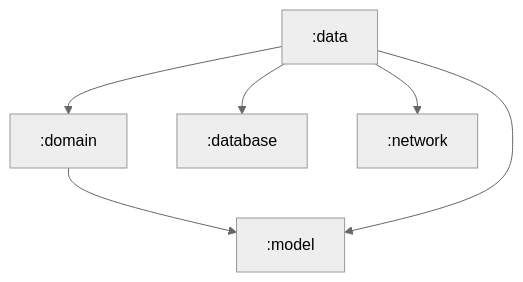
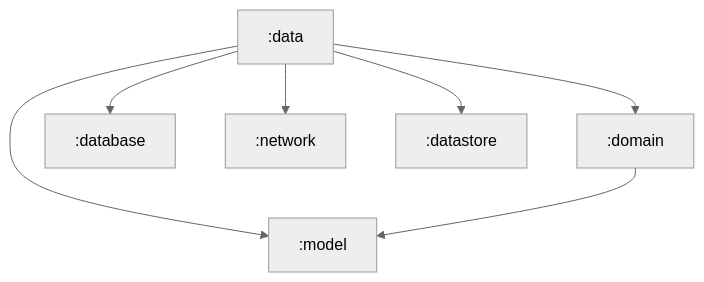
One commit to Syn57/Ecommerce changed the diagram in core/data/README.md. Above: the diagram before and after it, drawn with Mermaid (neutral theme). The commit also changed 16 other files, not shown here.

````diff
--- a/core/data/README.md
+++ b/core/data/README.md
@@ -14,8 +14,9 @@
 ```mermaid
   graph TD;
       A[:data]-->B[:domain];
       A-->C[:database];
       A-->D[:network];
-      B-->E[:model];
-      A-->E
+      A-->E[:model];
+      A-->F[:datastore];
+      B-->E;
 ```
````
